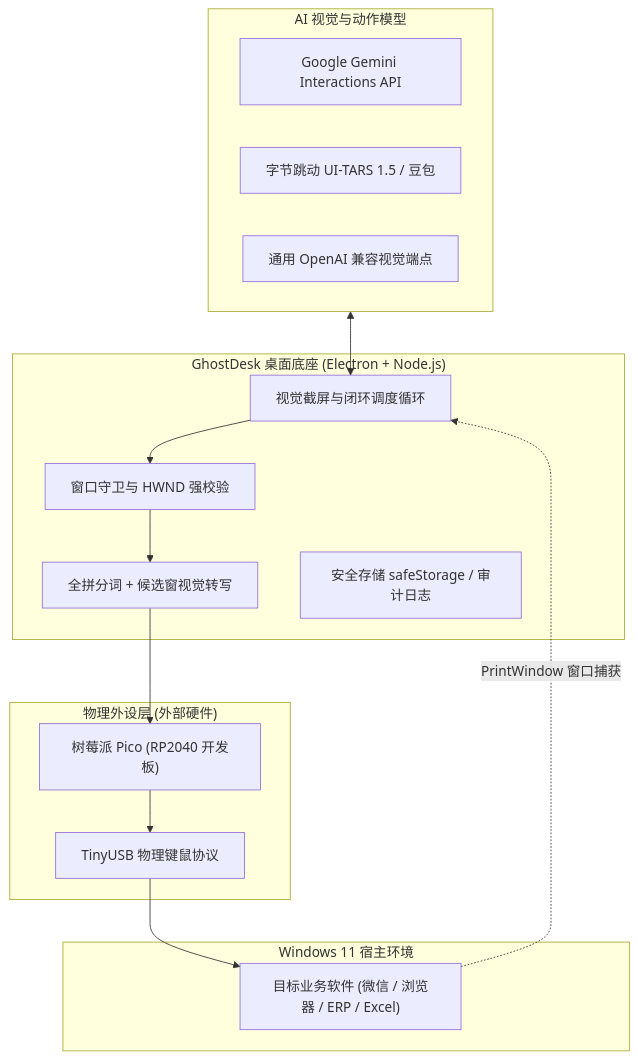
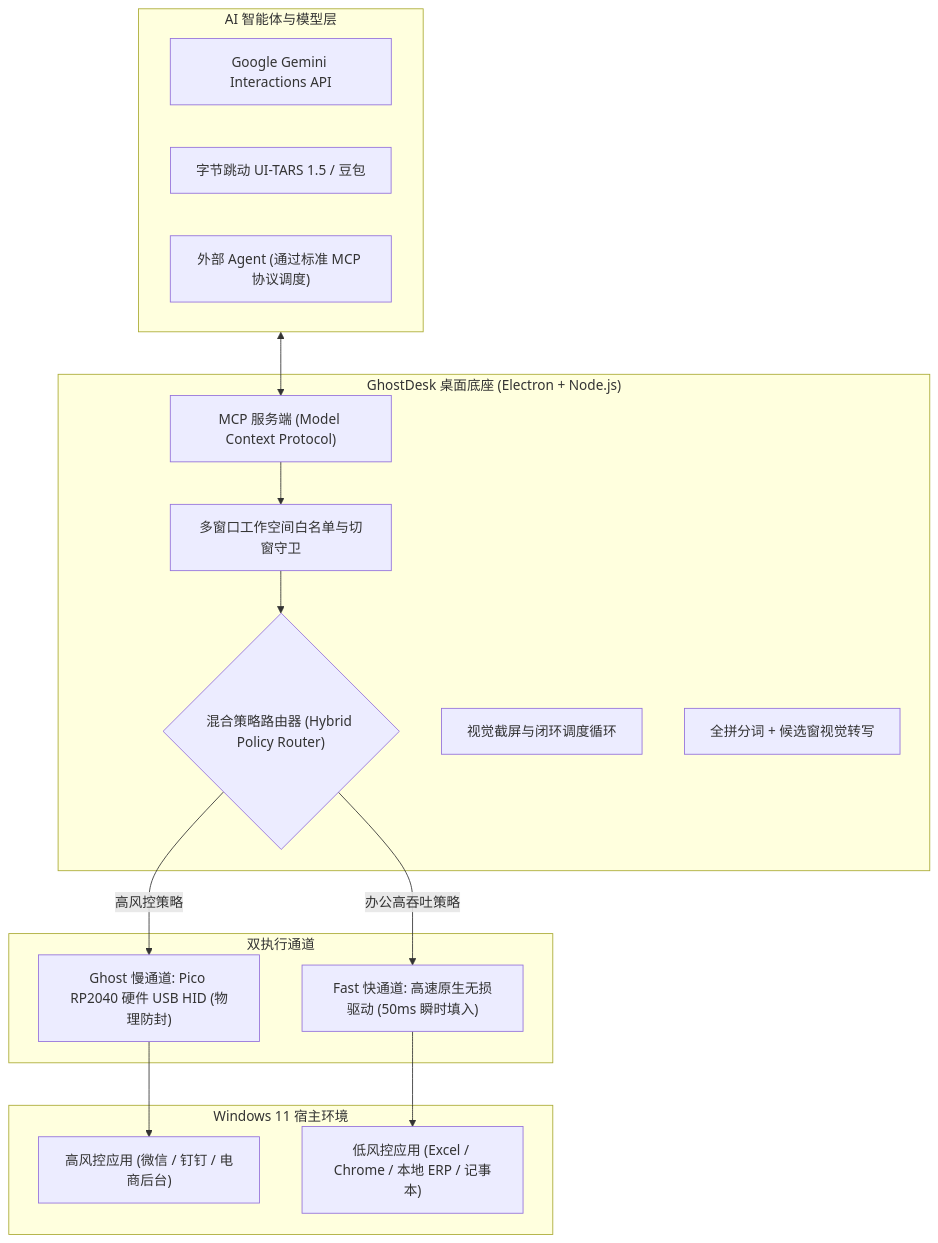
One commit to AIMarshallLee/GhostDesk changed the diagram in README_CN.md. Above: the diagram before and after it, drawn with Mermaid. The commit also changed other lines of this file and 10 other files, not shown here.

Commit message:
feat(substrate): v0.8.0 - hybrid execution (fast vs ghost), multi-window workspace, and MCP server

````diff
--- a/README_CN.md
+++ b/README_CN.md
@@ -36,32 +37,34 @@
 ```mermaid
 graph TD
-    subgraph AI大脑与视觉引擎 ["AI 视觉与动作模型"]
+    subgraph AI大脑与智能调度 ["AI 智能体与模型层"]
         M1["Google Gemini Interactions API"]
         M2["字节跳动 UI-TARS 1.5 / 豆包"]
-        M3["通用 OpenAI 兼容视觉端点"]
+        M3["外部 Agent (通过标准 MCP 协议调度)"]
     end
 
     subgraph 桌面执行底座 ["GhostDesk 桌面底座 (Electron + Node.js)"]
-        GW["窗口守卫与 HWND 强校验"]
+        WM["多窗口工作空间白名单与切窗守卫"]
+        PR{"混合策略路由器 (Hybrid Policy Router)"}
         VLM["视觉截屏与闭环调度循环"]
         IME["全拼分词 + 候选窗视觉转写"]
-        SEC["安全存储 safeStorage / 审计日志"]
+        MCP["MCP 服务端 (Model Context Protocol)"]
     end
 
-    subgraph 硬件层 ["物理外设层 (外部硬件)"]
-        PICO["树莓派 Pico (RP2040 开发板)"]
-        USB_HID["TinyUSB 物理键鼠协议"]
+    subgraph 双执行通道 ["双执行通道"]
+        PICO["Ghost 慢通道: Pico RP2040 硬件 USB HID (物理防封)"]
+        FAST["Fast 快通道: 高速原生无损驱动 (50ms 瞬时填入)"]
     end
 
     subgraph 操作系统与目标应用 ["Windows 11 宿主环境"]
-        APPS["目标业务软件 (微信 / 浏览器 / ERP / Excel)"]
+        SENSITIVE["高风控应用 (微信 / 钉钉 / 电商后台)"]
+        OFFICE["低风控应用 (Excel / Chrome / 本地 ERP / 记事本)"]
     end
 
-    AI大脑与视觉引擎 <--> VLM
-    VLM --> GW
-    GW --> IME
-    IME --> PICO
-    PICO --> USB_HID
-    USB_HID --> APPS
-    APPS -.->|"PrintWindow 窗口捕获"| VLM
+    AI大脑与智能调度 <--> MCP
+    MCP --> WM
+    WM --> PR
+    PR -->|"高风控策略"| PICO
+    PR -->|"办公高吞吐策略"| FAST
+    PICO --> SENSITIVE
+    FAST --> OFFICE
 ```
````
